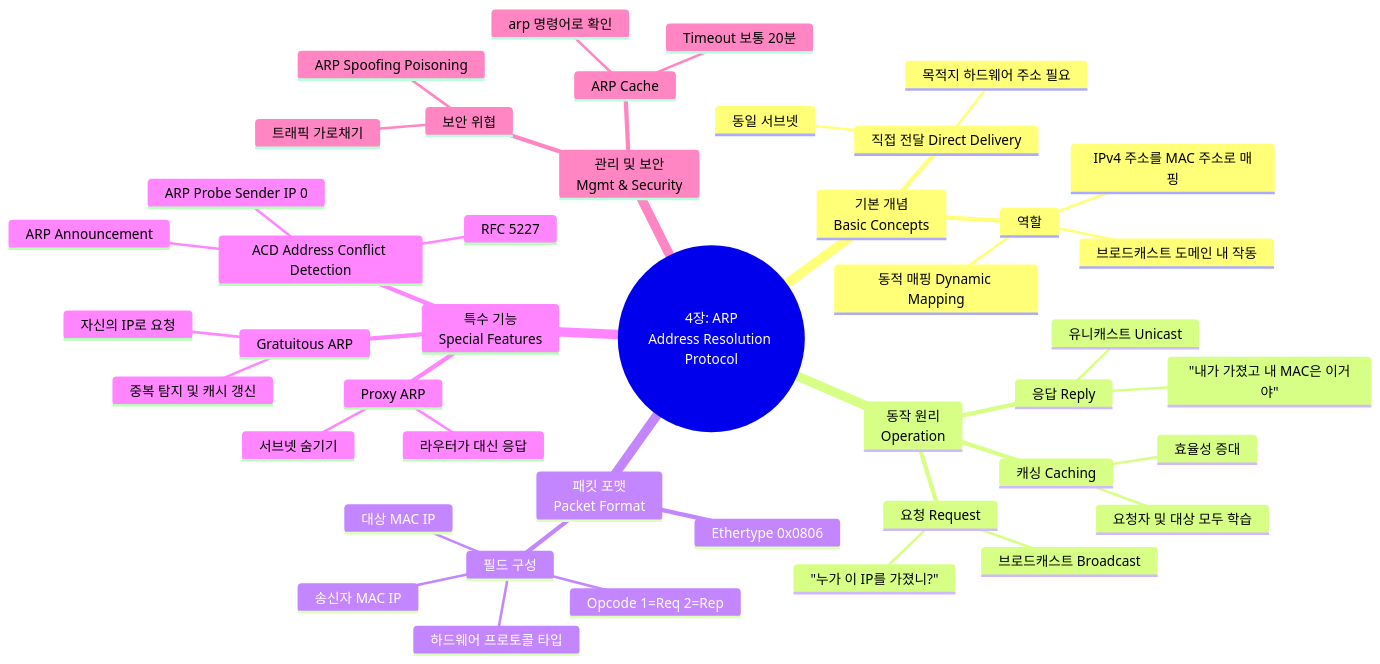
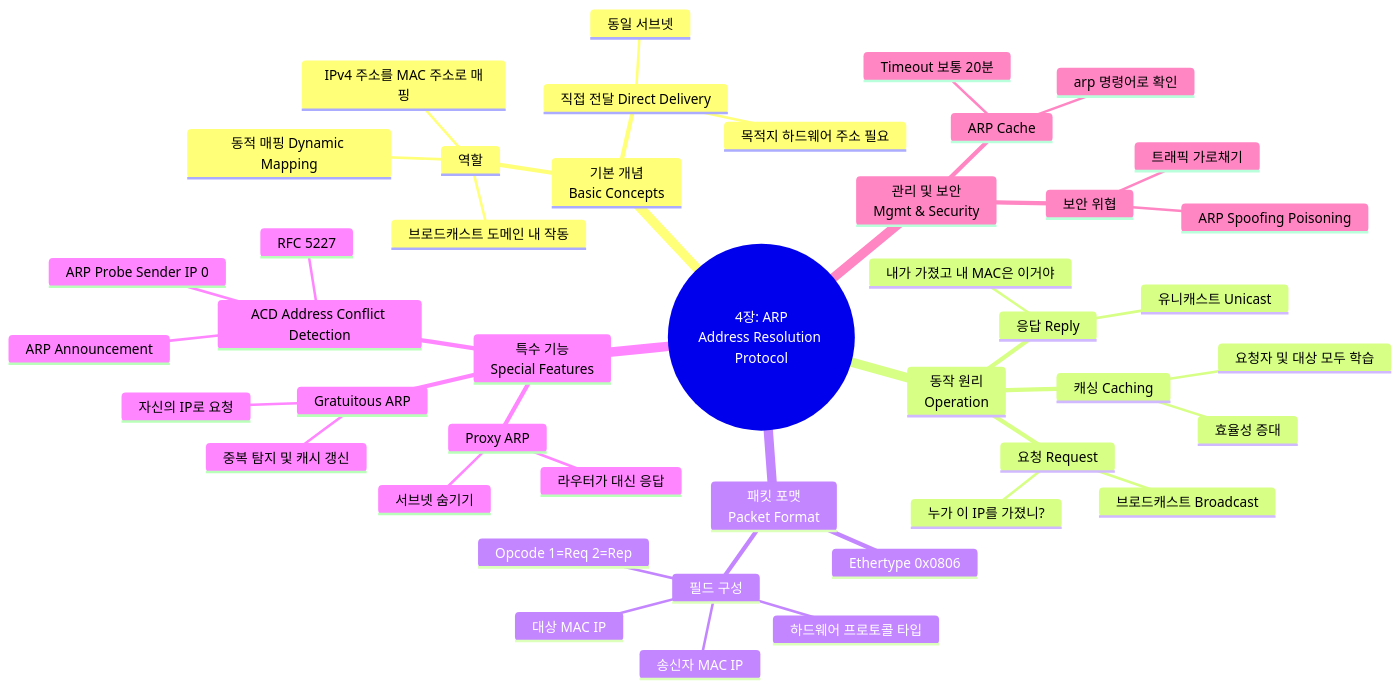
The diagram in 01_inbox/books/tcp_ip_illustrated_1/chapter4.md (youngmin-gwon/what-i-studied), drawn with Mermaid before and after one commit. The commit also changed other lines of this file and 29 other files, not shown here.

````diff
--- a/01_inbox/books/tcp_ip_illustrated_1/chapter4.md
+++ b/01_inbox/books/tcp_ip_illustrated_1/chapter4.md
@@ -15,47 +15,47 @@
 ```mermaid
 mindmap
   root((4장: ARP<br>Address Resolution Protocol))
     기본 개념<br>Basic Concepts
       역할
         IPv4 주소를 MAC 주소로 매핑
         동적 매핑 Dynamic Mapping
         브로드캐스트 도메인 내 작동
       직접 전달 Direct Delivery
         동일 서브넷
         목적지 하드웨어 주소 필요
     동작 원리<br>Operation
       요청 Request
         브로드캐스트 Broadcast
-        "누가 이 IP를 가졌니?"
+        누가 이 IP를 가졌니?
       응답 Reply
         유니캐스트 Unicast
-        "내가 가졌고 내 MAC은 이거야"
+        내가 가졌고 내 MAC은 이거야
       캐싱 Caching
         효율성 증대
         요청자 및 대상 모두 학습
     패킷 포맷<br>Packet Format
       Ethertype 0x0806
       필드 구성
         하드웨어 프로토콜 타입
         Opcode 1=Req 2=Rep
         송신자 MAC IP
         대상 MAC IP
     특수 기능<br>Special Features
       Proxy ARP
         라우터가 대신 응답
         서브넷 숨기기
       Gratuitous ARP
         자신의 IP로 요청
         중복 탐지 및 캐시 갱신
       ACD Address Conflict Detection
         RFC 5227
         ARP Probe Sender IP 0
         ARP Announcement
     관리 및 보안<br>Mgmt & Security
       ARP Cache
         arp 명령어로 확인
         Timeout 보통 20분
       보안 위협
         ARP Spoofing Poisoning
         트래픽 가로채기
 ```
````
